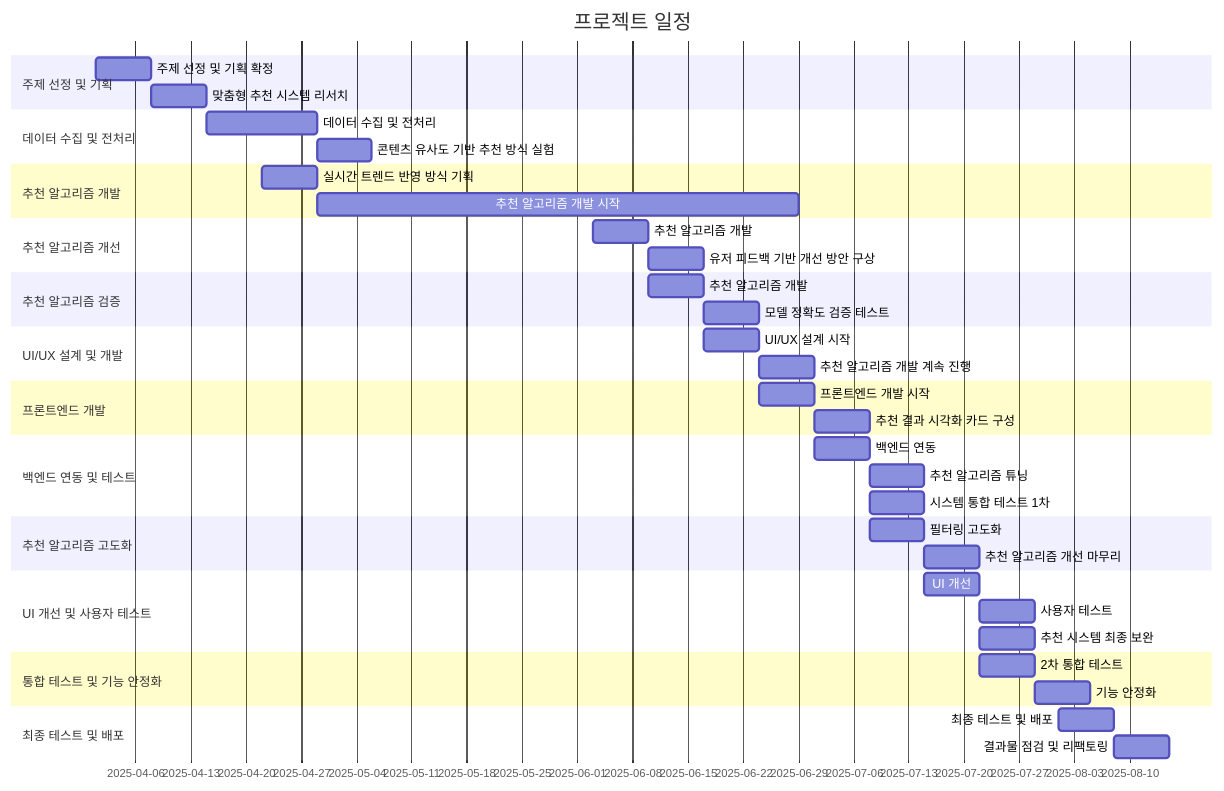
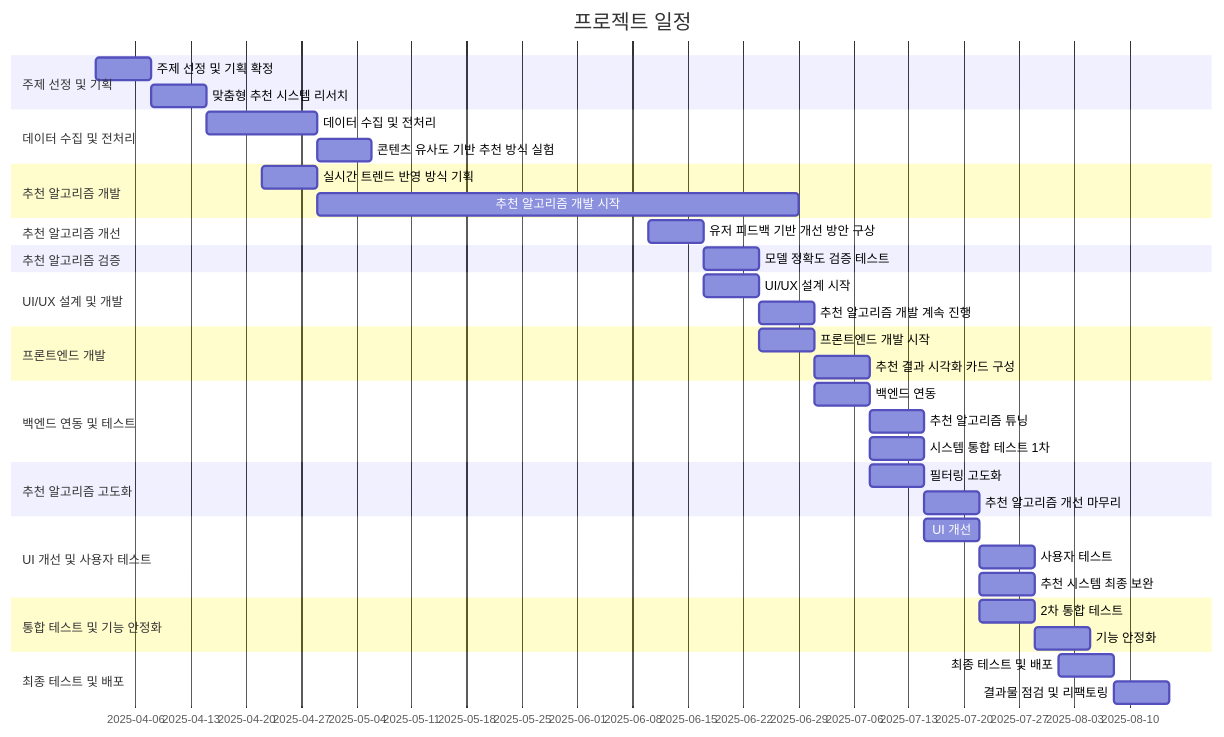
Before and after one commit to whynotsw-camp/wh05-1st-teamC: the diagram in README.md, drawn with Mermaid.

````diff
--- a/README.md
+++ b/README.md
@@ -75,54 +75,52 @@
 ```mermaid
 gantt
     title 프로젝트 일정
     dateFormat  YYYY-MM-DD
     section 주제 선정 및 기획
     주제 선정 및 기획 확정   : a1, 2025-04-01, 7d
     맞춤형 추천 시스템 리서치 : a2, 2025-04-08, 7d
 
     section 데이터 수집 및 전처리
     데이터 수집 및 전처리 : a3, 2025-04-15, 14d
     콘텐츠 유사도 기반 추천 방식 실험 : a4, 2025-04-29, 7d
 
     section 추천 알고리즘 개발
     실시간 트렌드 반영 방식 기획 : a5, 2025-04-22, 7d
     추천 알고리즘 개발 시작 : a6, 2025-04-29, 61d
 
     section 추천 알고리즘 개선
-    추천 알고리즘 개발 : a7, 2025-06-03, 7d
     유저 피드백 기반 개선 방안 구상 : a8, 2025-06-10, 7d
 
     section 추천 알고리즘 검증
-    추천 알고리즘 개발 : a9, 2025-06-10, 7d
     모델 정확도 검증 테스트 : a10, 2025-06-17, 7d
 
     section UI/UX 설계 및 개발
     UI/UX 설계 시작 : a11, 2025-06-17, 7d
     추천 알고리즘 개발 계속 진행 : a12, 2025-06-24, 7d
 
     section 프론트엔드 개발
     프론트엔드 개발 시작 : a13, 2025-06-24, 7d
     추천 결과 시각화 카드 구성 : a14, 2025-07-01, 7d
 
     section 백엔드 연동 및 테스트
     백엔드 연동 : a15, 2025-07-01, 7d
     추천 알고리즘 튜닝 : a16, 2025-07-08, 7d
     시스템 통합 테스트 1차 : a17, 2025-07-08, 7d
 
     section 추천 알고리즘 고도화
     필터링 고도화 : a18, 2025-07-08, 7d
     추천 알고리즘 개선 마무리 : a19, 2025-07-15, 7d
 
     section UI 개선 및 사용자 테스트
     UI 개선 : a20, 2025-07-15, 7d
     사용자 테스트 : a21, 2025-07-22, 7d
     추천 시스템 최종 보완 : a22, 2025-07-22, 7d
 
     section 통합 테스트 및 기능 안정화
     2차 통합 테스트 : a23, 2025-07-22, 7d
     기능 안정화 : a24, 2025-07-29, 7d
 
     section 최종 테스트 및 배포
     최종 테스트 및 배포 : a25, 2025-08-01, 7d
     결과물 점검 및 리팩토링 : a26, 2025-08-08, 7d
 ```
````
